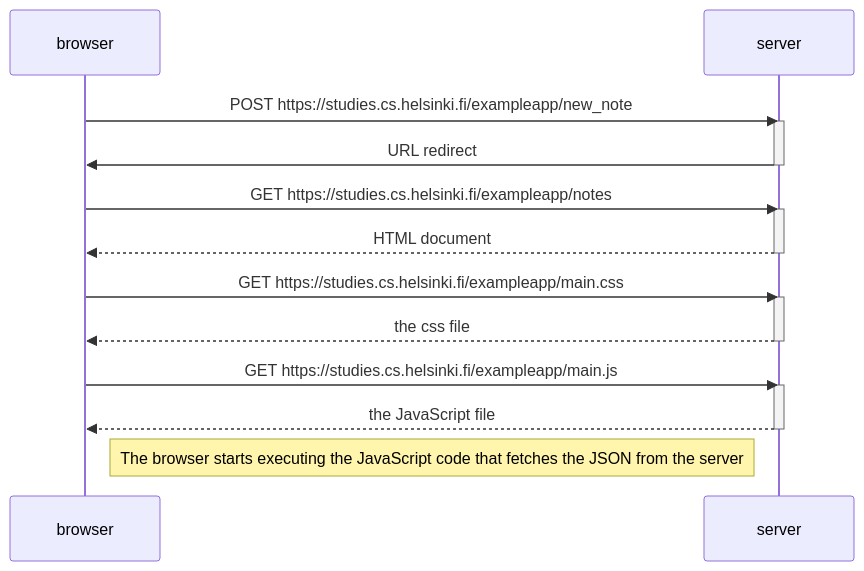
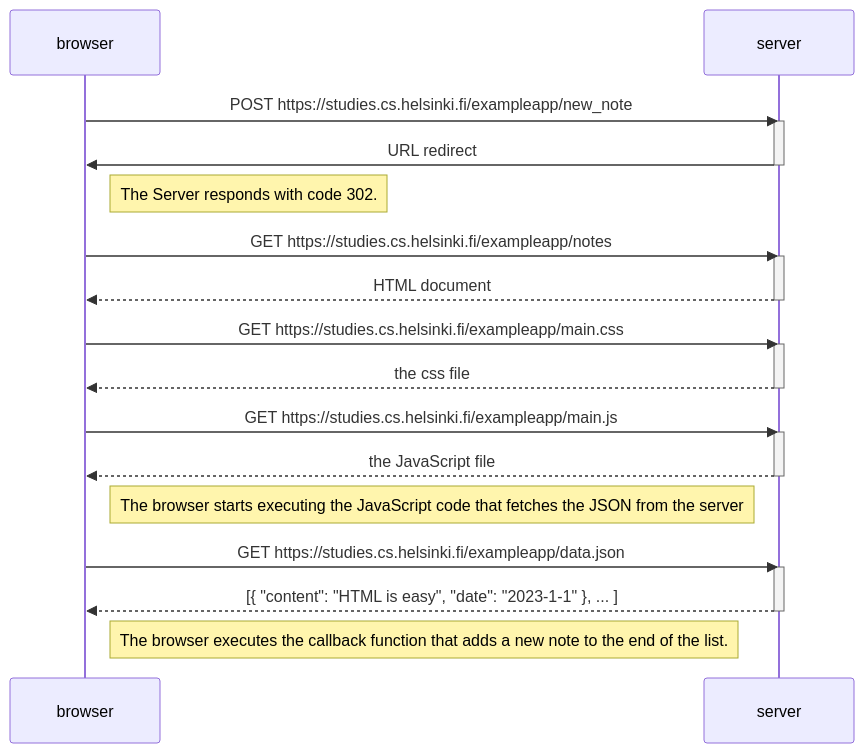
The diagram in part 0.4.md (YourEverydayUser/Exercises-part0), drawn with Mermaid before and after one commit.

Commit message:
Update part 0.4.md

````diff
--- a/part 0.4.md
+++ b/part 0.4.md
@@ -1,27 +1,35 @@
 ```mermaid
   sequenceDiagram
     participant browser
     participant server
     
     browser->>server: POST https://studies.cs.helsinki.fi/exampleapp/new_note
     activate server
     server->>browser: URL redirect
     deactivate server
+    Note right of browser: The Server responds with code 302.
     
     browser->>server: GET https://studies.cs.helsinki.fi/exampleapp/notes
     activate server
     server-->>browser: HTML document
     deactivate server
 
     browser->>server: GET https://studies.cs.helsinki.fi/exampleapp/main.css
     activate server
     server-->>browser: the css file
     deactivate server
 
     browser->>server: GET https://studies.cs.helsinki.fi/exampleapp/main.js
     activate server
     server-->>browser: the JavaScript file
     deactivate server
     
     Note right of browser: The browser starts executing the JavaScript code that fetches the JSON from the server
+    
+    browser->>server: GET https://studies.cs.helsinki.fi/exampleapp/data.json
+    activate server
+    server-->>browser: [{ "content": "HTML is easy", "date": "2023-1-1" }, ... ]
+    deactivate server
+
+    Note right of browser: The browser executes the callback function that adds a new note to the end of the list.
 ```
````
